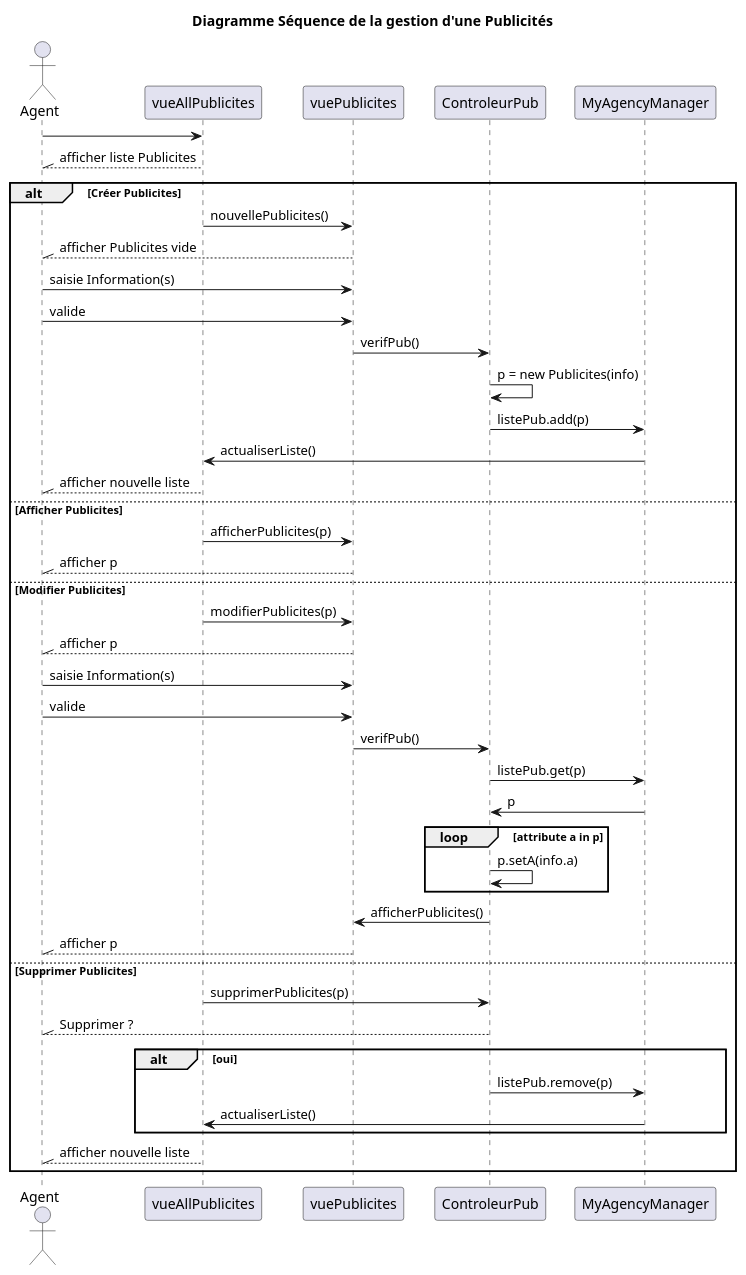
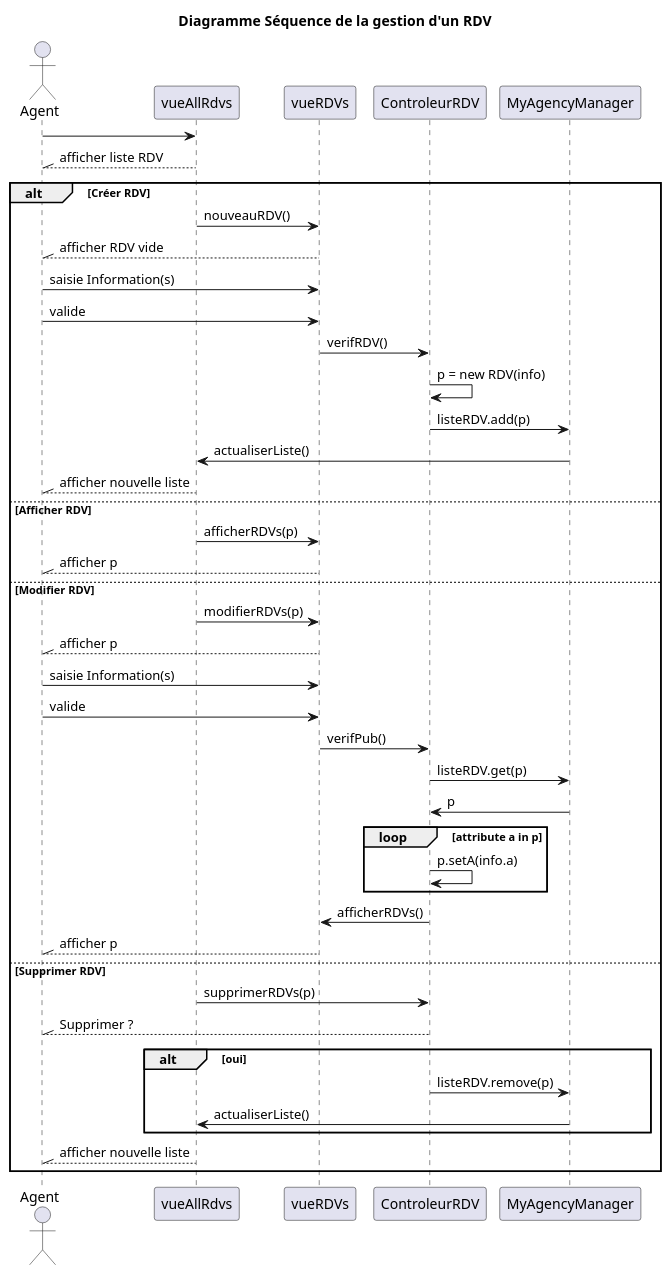
The diagram in DossierConception/SeqGererPub.pu (Arnaud-Sibade-Tlse/ProjetUML_Miashs), drawn with PlantUML before and after one commit.

Commit message:
SEQUENCE : gérer RDV

```diff
--- a/DossierConception/SeqGererPub.pu
+++ b/DossierConception/SeqGererPub.pu
@@ -1,63 +1,63 @@
 @startuml
 
-title Diagramme Séquence de la gestion d'une Publicités
+title Diagramme Séquence de la gestion d'un RDV
 
 actor Agent as A
 
 
-A -> vueAllPublicites 
-A //-- vueAllPublicites :afficher liste Publicites
+A -> vueAllRdvs 
+A //-- vueAllRdvs :afficher liste RDV
 
-alt Créer Publicites
-vueAllPublicites -> vuePublicites :nouvellePublicites()
+alt Créer RDV
+vueAllRdvs -> vueRDVs :nouveauRDV()
 
 
-A //-- vuePublicites :afficher Publicites vide
+A //-- vueRDVs :afficher RDV vide
 
-A -> vuePublicites : saisie Information(s)
-A -> vuePublicites : valide
+A -> vueRDVs : saisie Information(s)
+A -> vueRDVs : valide
 
-vuePublicites -> ControleurPub : verifPub()
+vueRDVs -> ControleurRDV : verifRDV()
 
-ControleurPub -> ControleurPub : p = new Publicites(info)
-ControleurPub -> MyAgencyManager : listePub.add(p)
+ControleurRDV -> ControleurRDV : p = new RDV(info)
+ControleurRDV -> MyAgencyManager : listeRDV.add(p)
 
-MyAgencyManager -> vueAllPublicites : actualiserListe()
+MyAgencyManager -> vueAllRdvs : actualiserListe()
 
-A //-- vueAllPublicites : afficher nouvelle liste
+A //-- vueAllRdvs : afficher nouvelle liste
 
 
-else Afficher Publicites
-vueAllPublicites -> vuePublicites : afficherPublicites(p)
-A //-- vuePublicites :afficher p
+else Afficher RDV
+vueAllRdvs -> vueRDVs : afficherRDVs(p)
+A //-- vueRDVs :afficher p
 
-else Modifier Publicites
+else Modifier RDV
 
-vueAllPublicites -> vuePublicites : modifierPublicites(p)
-A //-- vuePublicites :afficher p
+vueAllRdvs -> vueRDVs : modifierRDVs(p)
+A //-- vueRDVs :afficher p
 
-A -> vuePublicites : saisie Information(s)
-A -> vuePublicites : valide
+A -> vueRDVs : saisie Information(s)
+A -> vueRDVs : valide
 
-vuePublicites -> ControleurPub : verifPub()
+vueRDVs -> ControleurRDV : verifPub()
 
-ControleurPub -> MyAgencyManager : listePub.get(p)
-MyAgencyManager -> ControleurPub : p
+ControleurRDV -> MyAgencyManager : listeRDV.get(p)
+MyAgencyManager -> ControleurRDV : p
 
 loop attribute a in p
-ControleurPub -> ControleurPub :p.setA(info.a)
+ControleurRDV -> ControleurRDV :p.setA(info.a)
 end
 
-ControleurPub -> vuePublicites : afficherPublicites()
-A //-- vuePublicites :afficher p
-else Supprimer Publicites
-vueAllPublicites -> ControleurPub : supprimerPublicites(p)
-A //-- ControleurPub : Supprimer ?
+ControleurRDV -> vueRDVs : afficherRDVs()
+A //-- vueRDVs :afficher p
+else Supprimer RDV
+vueAllRdvs -> ControleurRDV : supprimerRDVs(p)
+A //-- ControleurRDV : Supprimer ?
 alt oui
-ControleurPub -> MyAgencyManager : listePub.remove(p)
-MyAgencyManager -> vueAllPublicites : actualiserListe()
+ControleurRDV -> MyAgencyManager : listeRDV.remove(p)
+MyAgencyManager -> vueAllRdvs : actualiserListe()
 
 end
-A //-- vueAllPublicites : afficher nouvelle liste
+A //-- vueAllRdvs : afficher nouvelle liste
 end
 @enduml
```
